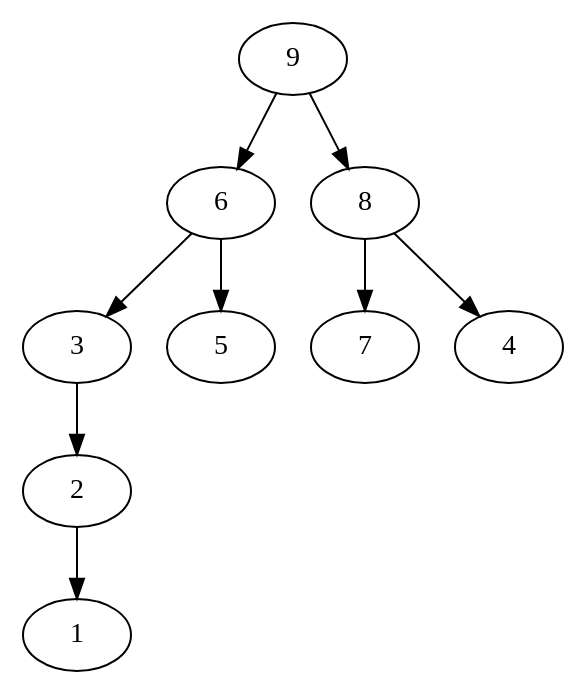
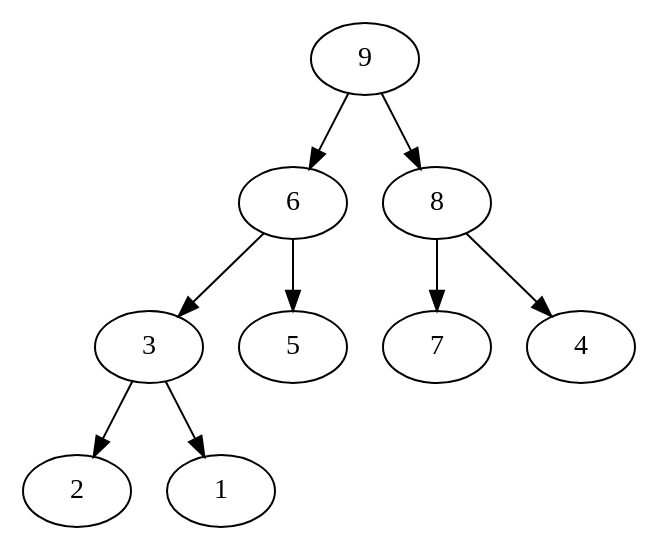
Before and after one commit to patrickbucher/learning-rust: the diagram in csgdsa/misc/ex-16-2.dot, drawn with Graphviz. The commit also changed 3 other files, not shown here.

Commit message:
fixed graphs

```diff
--- a/csgdsa/misc/ex-16-2.dot
+++ b/csgdsa/misc/ex-16-2.dot
@@ -1,10 +1,10 @@
 digraph Heap {
     9 -> 6;
     9 -> 8;
     6 -> 3;
     6 -> 5;
     8 -> 7;
     8 -> 4;
     3 -> 2;
-    2 -> 1;
+    3 -> 1;
 }
```
